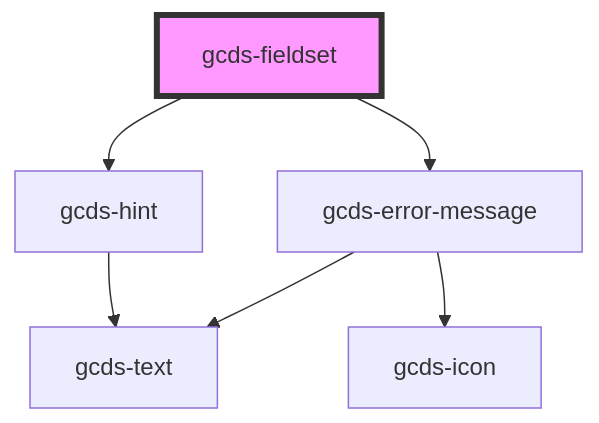
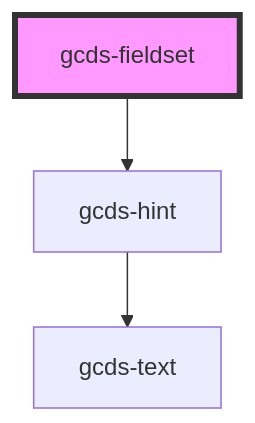
One commit to cds-snc/gcds-components changed the diagram in packages/web/src/components/gcds-fieldset/readme.md. Above: the diagram before and after it, drawn with Mermaid. The commit also changed other lines of this file and 16 other files, not shown here.

````diff
--- a/packages/web/src/components/gcds-fieldset/readme.md
+++ b/packages/web/src/components/gcds-fieldset/readme.md
@@ -53,9 +25,6 @@
 ```mermaid
 graph TD;
   gcds-fieldset --> gcds-hint
-  gcds-fieldset --> gcds-error-message
   gcds-hint --> gcds-text
-  gcds-error-message --> gcds-text
-  gcds-error-message --> gcds-icon
   style gcds-fieldset fill:#f9f,stroke:#333,stroke-width:4px
 ```
````
